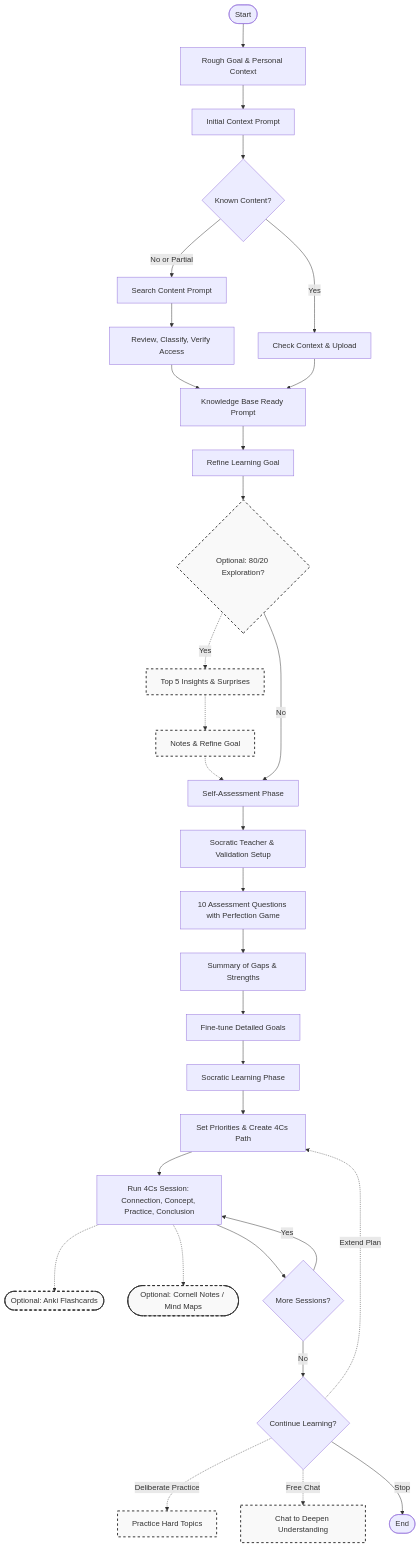
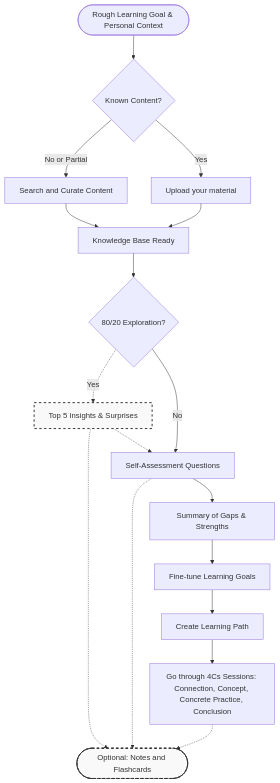
Before and after one commit to philou/ai-augmented-learning-prompts: the diagram in flow.mmd, drawn with Mermaid.

Commit message:
Streamline learning process flowchart
To make it more synthetic and easier to understand the "big picture"

```diff
--- a/flow.mmd
+++ b/flow.mmd
@@ -1,52 +1,35 @@
 flowchart TD
-    Start([Start]) --> Init[Rough Goal & Personal Context]
-    Init --> InitPrompt[Initial Context Prompt]
-
-    InitPrompt --> KB{Known Content?}
+    Init([Rough Learning Goal & Personal Context]) --> KB{Known Content?}
 
     %% Knowledge Base Building
-    KB -->|No or Partial| Search[Search Content Prompt]
-    Search --> Curate[Review, Classify, Verify Access]
-    Curate --> KBReady
+    KB -->|No or Partial| Search[Search and Curate Content]
+    Search --> KBReady
 
-    KB -->|Yes| Upload[Check Context & Upload]
+    KB -->|Yes| Upload[Upload your material]
     Upload --> KBReady
 
-    KBReady[Knowledge Base Ready Prompt] --> Refine1[Refine Learning Goal]
+    KBReady[Knowledge Base Ready]
 
     %% Optional Exploration
-    Refine1 --> Explore{Optional: 80/20 Exploration?}
+    KBReady --> Explore{80/20 Exploration?}
     Explore -.->|Yes| Insights[Top 5 Insights & Surprises]
-    Insights -.-> Refine2[Notes & Refine Goal]
-    Refine2 -.-> Assessment
+    Insights -.-> Notes
+    Insights -.-> Assessment
 
-    Explore -->|No| Assessment[Self-Assessment Phase]
+    Explore -->|No| Assessment[Self-Assessment Questions]
+    Assessment -.-> Notes
 
     %% Self Assessment
-    Assessment --> AssSetup[Socratic Teacher & Validation Setup]
-    AssSetup --> AssQ[10 Assessment Questions with Perfection Game]
-    AssQ --> AssSum[Summary of Gaps & Strengths]
-    AssSum --> DefineL[Fine-tune Detailed Goals]
+    Assessment --> AssSum[Summary of Gaps & Strengths]
+    AssSum --> DefineL[Fine-tune Learning Goals]
 
     %% Socratic Learning
-    DefineL --> Path[Socratic Learning Phase]
-    Path --> Priorities[Set Priorities & Create 4Cs Path]
-    Priorities --> Session[Run 4Cs Session: Connection, Concept, Practice, Conclusion]
+    DefineL --> LearningPath[Create Learning Path]
+    LearningPath --> Session[Go through 4Cs Sessions: Connection, Concept, Concrete Practice, Conclusion]
 
     %% Optional Tracking
-    Session -.-> Flashcards([Optional: Anki Flashcards])
-    Session -.-> Notes([Optional: Cornell Notes / Mind Maps])
-
-    %% Iteration and End
-    Session --> Next{More Sessions?}
-    Next -->|Yes| Session
-    Next -->|No| Continue{Continue Learning?}
-
-    Continue -.->|Extend Plan| Priorities
-    Continue -.->|Deliberate Practice| Practice[Practice Hard Topics]
-    Continue -.->|Free Chat| Deepen[Chat to Deepen Understanding]
-    Continue -->|Stop| Finish([End])
+    Session -.-> Notes([Optional: Notes and Flashcards])
     
     %% Styling for optional blocks
     classDef optional fill:#f9f9f9,stroke:#333,stroke-dasharray: 5 5,stroke-width:2px;
-    class Explore,Insights,Refine2,Flashcards,Notes,Practice,Deepen optional;
+    class Insights,Refine2,Flashcards,Notes,Practice,Deepen optional;
```
